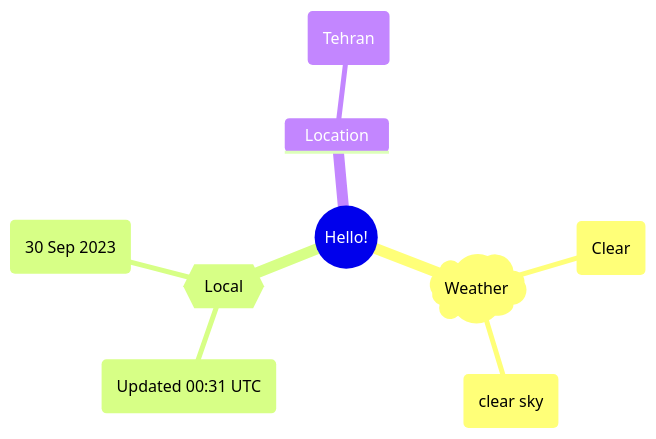
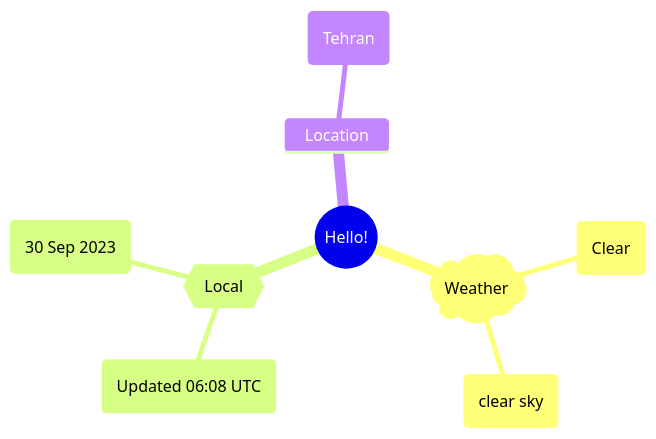
The first of 2 diagrams in README.md (Xosrov/Xosrov), drawn with Mermaid before and after one commit.

Commit message:
[bot] updated images

````diff
--- a/README.md
+++ b/README.md
@@ -3,12 +3,12 @@
 ```mermaid
 mindmap
   root((Hello!))
     )Weather(
         (Clear)
         (clear sky)
     {{Local}}
-        (Updated 00:31 UTC)
+        (Updated 06:08 UTC)
         (30 Sep 2023)
     Location
         (Tehran)
 ```
````
